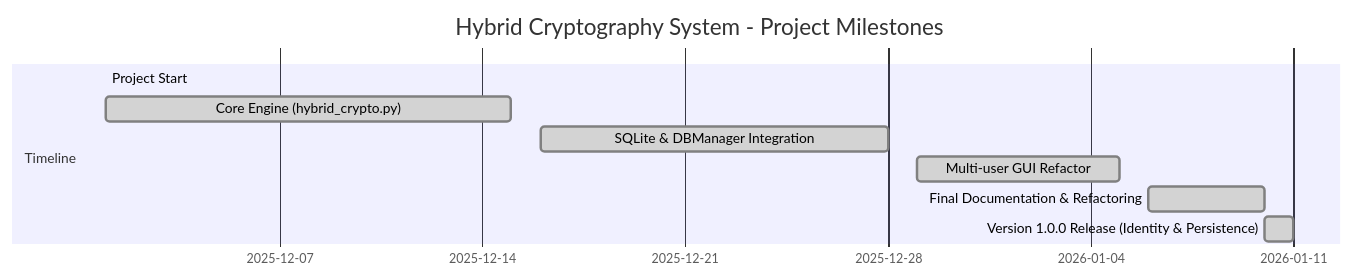
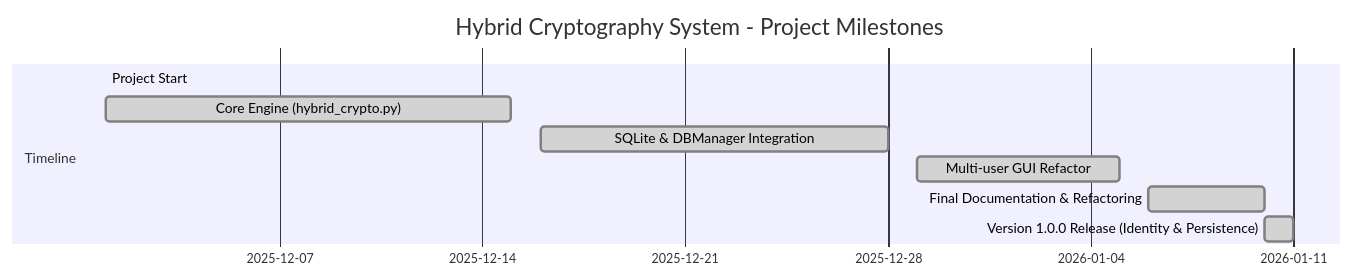
The diagram in DELIVERABLES.md (Layba-khan01/Hybrid-Cryptography-System), drawn with Mermaid before and after one commit. The commit also changed 1 other file, not shown here.

Commit message:
modification of text color for better readability

````diff
--- a/DELIVERABLES.md
+++ b/DELIVERABLES.md
@@ -250,13 +250,13 @@
 ```mermaid
-%%{init: {'themeVariables': { 'primaryTextColor': '#000000', 'secondaryTextColor': '#000000', 'tertiaryTextColor': '#000000' }}}%%
+%%{init: {'themeVariables': { 'primaryTextColor': '#000000', 'secondaryTextColor': '#000000', 'tertiaryTextColor': '#000000', 'taskTextColor': '#000000', 'taskTextLightColor': '#000000', 'textColor': '#000000', 'fontColor': '#000000' }}}%%
 gantt
   title Hybrid Cryptography System - Project Milestones
   dateFormat  YYYY-MM-DD
   section Timeline
   Project Start                          :done, start, 2025-12-01, 2025-12-01
   Core Engine (hybrid_crypto.py)         :done, core, 2025-12-01, 2025-12-15
   SQLite & DBManager Integration         :done, db, 2025-12-16, 2025-12-28
   Multi-user GUI Refactor                 :done, gui, 2025-12-29, 2026-01-05
   Final Documentation & Refactoring      :done, docs, 2026-01-06, 2026-01-10
   Version 1.0.0 Release (Identity & Persistence) :done, v1, 2026-01-10, 1d
 ```
````
